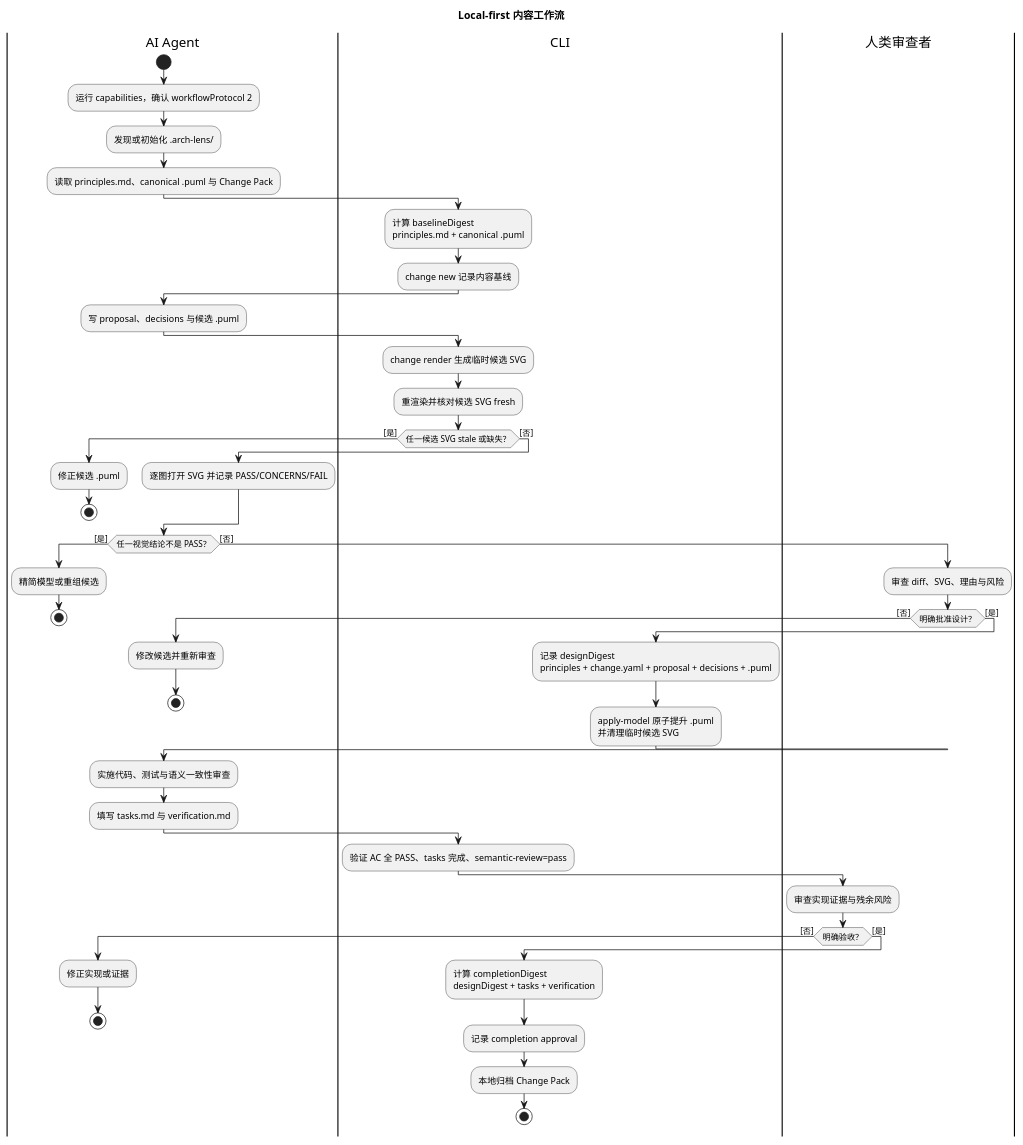
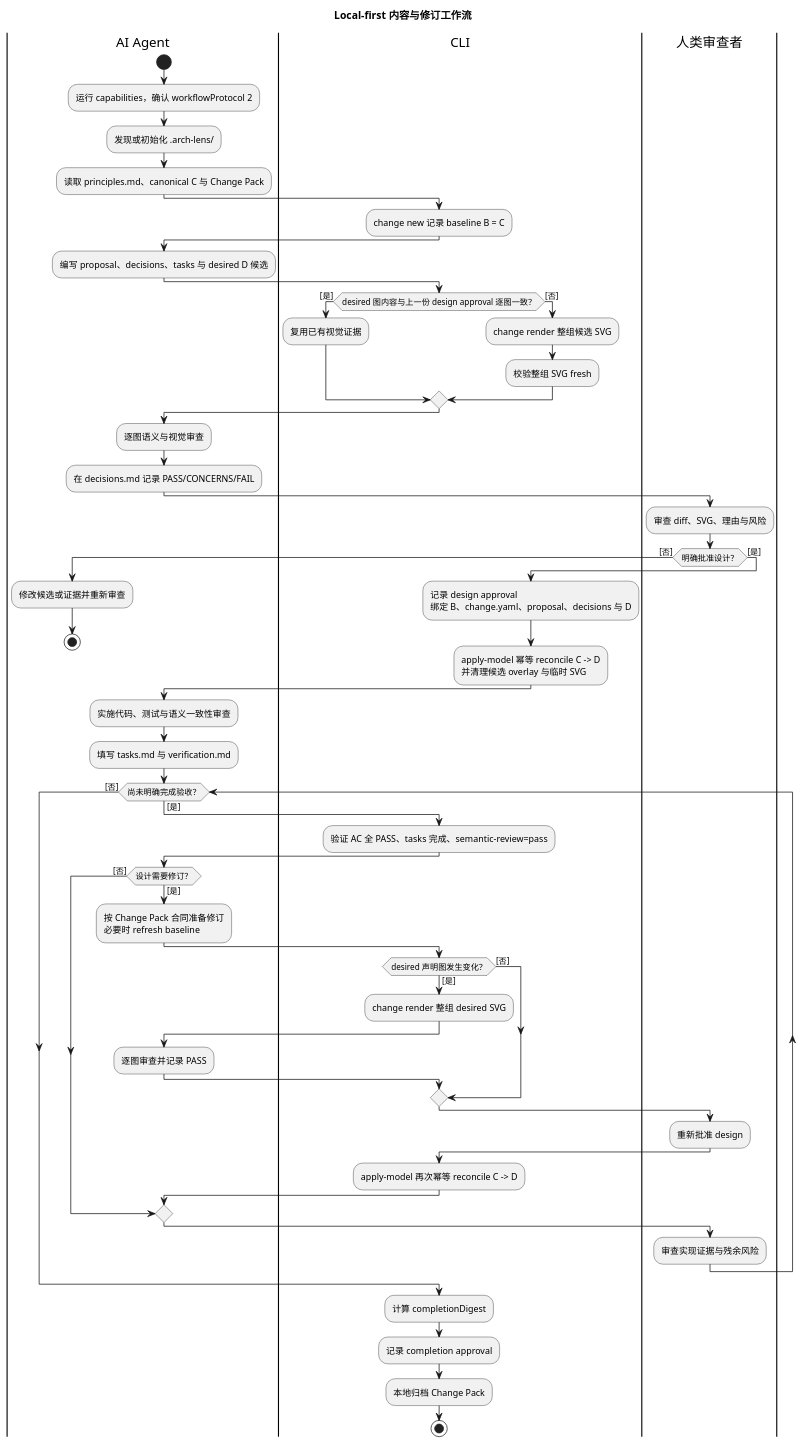
The diagram in .arch-lens/diagrams/local-first-lifecycle.activity.puml (spec-alchemy/arch-lens), drawn with PlantUML before and after one commit. The commit also changed 23 other files, not shown here.

Commit message:
refactor: reconcile Change Pack state after apply

```diff
--- a/.arch-lens/diagrams/local-first-lifecycle.activity.puml
+++ b/.arch-lens/diagrams/local-first-lifecycle.activity.puml
@@ -1,67 +1,74 @@
 @startuml
 ' arch-lens: type=activity
-' arch-lens: question=在无 Git 依赖的单一 local-first 模式下，人类与 AI 如何从内容基线走到设计批准、完成验收和本地归档？
-title Local-first 内容工作流
+' arch-lens: question=在无 Git 依赖的单一 local-first 模式下，人类与 AI 如何从内容基线走到设计批准、可重复修订、完成验收和本地归档？
+title Local-first 内容与修订工作流
 
 |AI Agent|
 start
 :运行 capabilities，确认 workflowProtocol 2;
 :发现或初始化 .arch-lens/;
-:读取 principles.md、canonical .puml 与 Change Pack;
+:读取 principles.md、canonical C 与 Change Pack;
 
 |CLI|
-:计算 baselineDigest\nprinciples.md + canonical .puml;
-:change new 记录内容基线;
+:change new 记录 baseline B = C;
 
 |AI Agent|
-:写 proposal、decisions 与候选 .puml;
+:编写 proposal、decisions、tasks 与 desired D 候选;
+
 |CLI|
-:change render 生成临时候选 SVG;
-:重渲染并核对候选 SVG fresh;
-
-if (任一候选 SVG stale 或缺失？) then ([是])
-  |AI Agent|
-  :修正候选 .puml;
-  stop
+if (desired 图内容与上一份 design approval 逐图一致？) then ([是])
+  :复用已有视觉证据;
 else ([否])
-  |AI Agent|
-  :逐图打开 SVG 并记录 PASS/CONCERNS/FAIL;
+  :change render 整组候选 SVG;
+  :校验整组 SVG fresh;
 endif
 
-if (任一视觉结论不是 PASS？) then ([是])
+|AI Agent|
+:逐图语义与视觉审查;
+:在 decisions.md 记录 PASS/CONCERNS/FAIL;
+
+|人类审查者|
+:审查 diff、SVG、理由与风险;
+if (明确批准设计？) then ([否])
   |AI Agent|
-  :精简模型或重组候选;
+  :修改候选或证据并重新审查;
   stop
-else ([否])
-  |人类审查者|
-  :审查 diff、SVG、理由与风险;
-  if (明确批准设计？) then ([否])
-    |AI Agent|
-    :修改候选并重新审查;
-    stop
-  else ([是])
-    |CLI|
-    :记录 designDigest\nprinciples + change.yaml + proposal + decisions + .puml;
-    :apply-model 原子提升 .puml\n并清理临时候选 SVG;
-  endif
+else ([是])
+  |CLI|
+  :记录 design approval\n绑定 B、change.yaml、proposal、decisions 与 D;
+  :apply-model 幂等 reconcile C -> D\n并清理候选 overlay 与临时 SVG;
 endif
 
 |AI Agent|
 :实施代码、测试与语义一致性审查;
 :填写 tasks.md 与 verification.md;
+
+while (尚未明确完成验收？) is ([是])
+  |CLI|
+  :验证 AC 全 PASS、tasks 完成、semantic-review=pass;
+  |AI Agent|
+  if (设计需要修订？) then ([是])
+    :按 Change Pack 合同准备修订\n必要时 refresh baseline;
+    |CLI|
+    if (desired 声明图发生变化？) then ([是])
+      :change render 整组 desired SVG;
+      |AI Agent|
+      :逐图审查并记录 PASS;
+    else ([否])
+    endif
+    |人类审查者|
+    :重新批准 design;
+    |CLI|
+    :apply-model 再次幂等 reconcile C -> D;
+  else ([否])
+  endif
+  |人类审查者|
+  :审查实现证据与残余风险;
+endwhile ([否])
+
 |CLI|
-:验证 AC 全 PASS、tasks 完成、semantic-review=pass;
-|人类审查者|
-:审查实现证据与残余风险;
-if (明确验收？) then ([否])
-  |AI Agent|
-  :修正实现或证据;
-  stop
-else ([是])
-  |CLI|
-  :计算 completionDigest\ndesignDigest + tasks + verification;
-  :记录 completion approval;
-  :本地归档 Change Pack;
-  stop
-endif
+:计算 completionDigest;
+:记录 completion approval;
+:本地归档 Change Pack;
+stop
 @enduml
```
